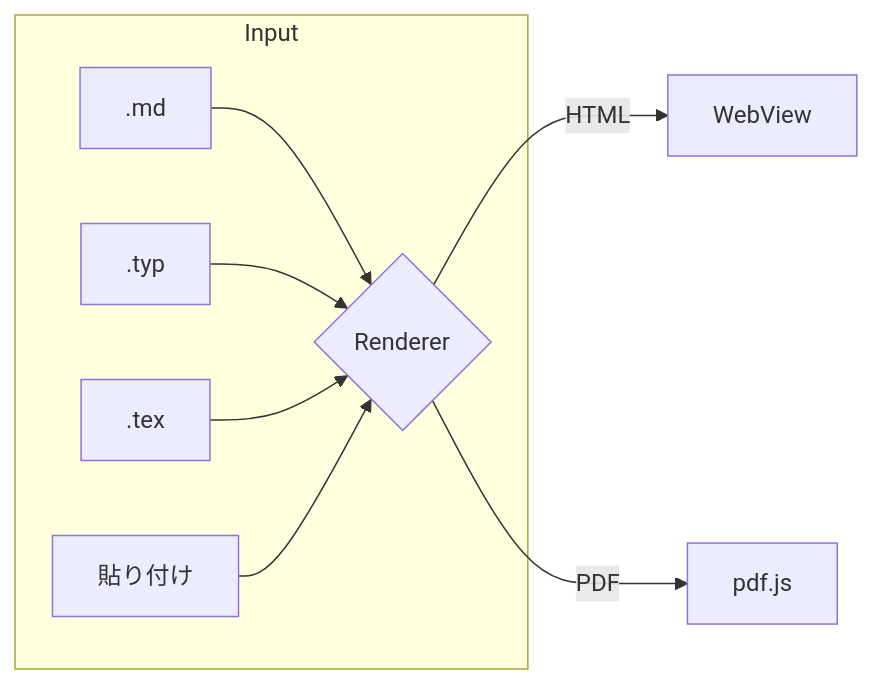
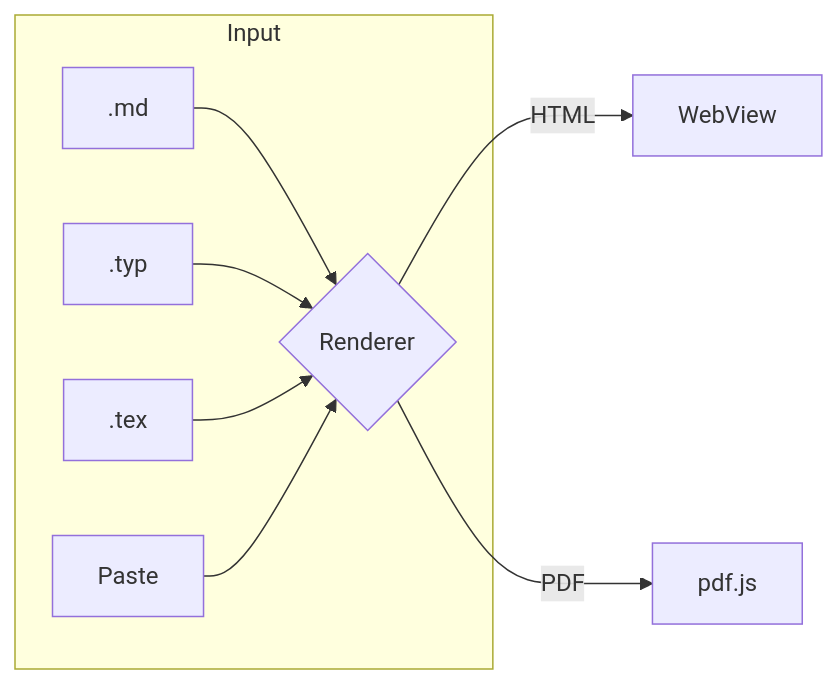
One commit to Satzzxzxx-OSS/washi changed the first of 3 diagrams in examples/showcase.md. Above: the diagram before and after it, drawn with Mermaid. The commit also changed other lines of this file and 5 other files, not shown here.

````diff
--- a/examples/showcase.md
+++ b/examples/showcase.md
@@ -102,11 +102,11 @@
 ```mermaid
 flowchart LR
   subgraph Input
     A[.md] --> R
     B[.typ] --> R
     C[.tex] --> R
-    D[貼り付け] --> R
+    D[Paste] --> R
   end
   R{Renderer} -->|HTML| H[WebView]
   R -->|PDF| P[pdf.js]
 ```
````
